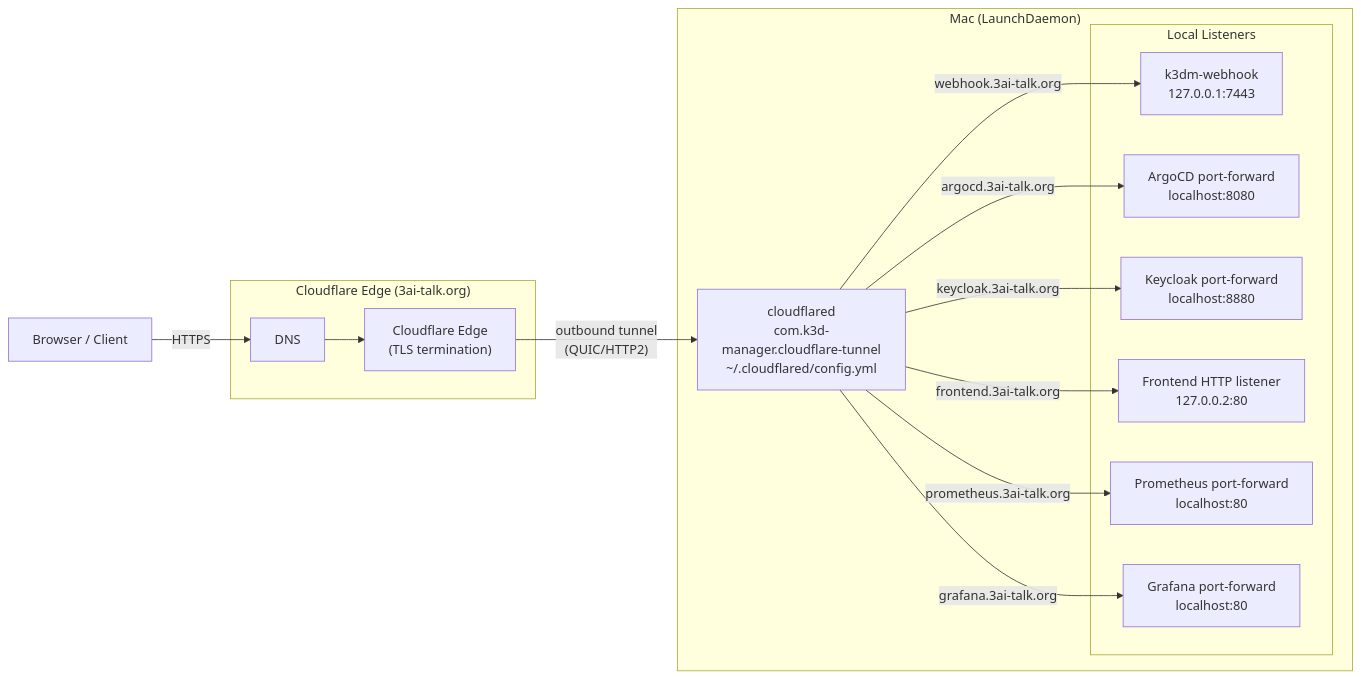
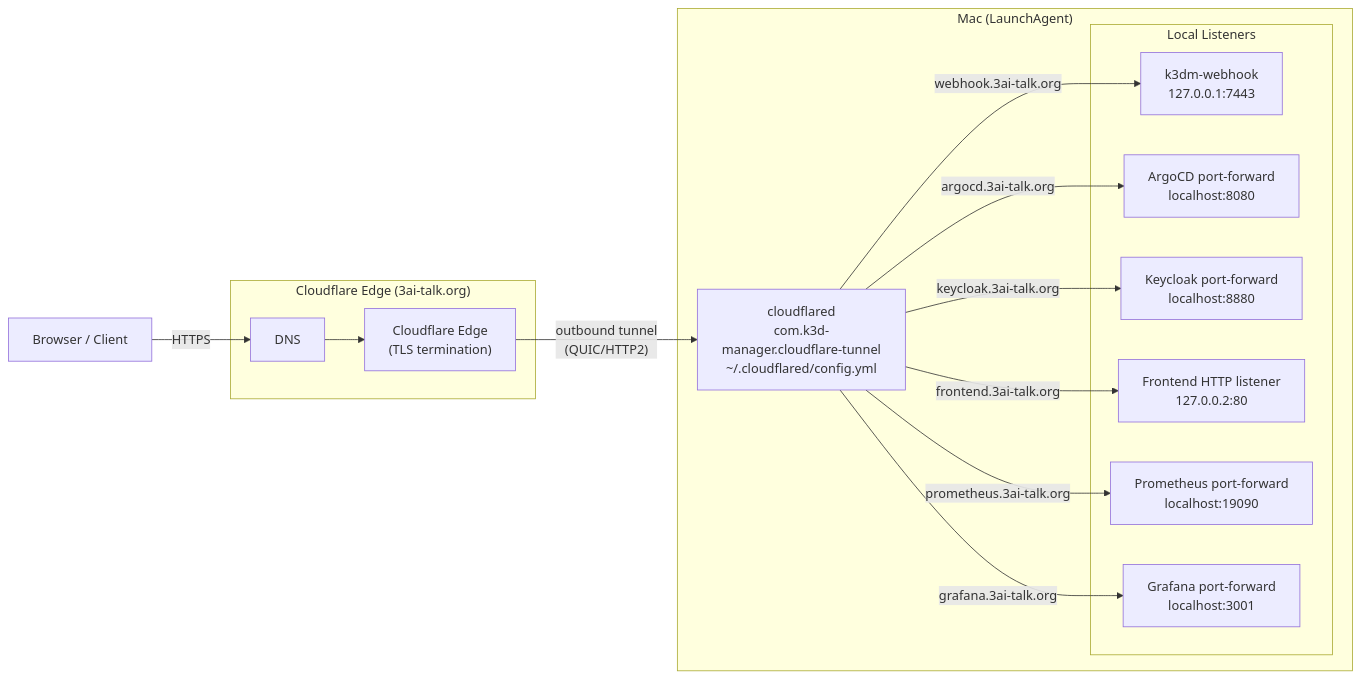
Before and after one commit to wilddog64/k3d-manager: the first of 2 diagrams in docs/architecture/cloudflare-slack-relay.md, drawn with Mermaid. The commit also changed other lines of this file and 1 other file, not shown here.

Commit message:
docs(slack): update relay architecture + howto for current feature set

````diff
--- a/docs/architecture/cloudflare-slack-relay.md
+++ b/docs/architecture/cloudflare-slack-relay.md
@@ -15,33 +15,33 @@
 ```mermaid
 flowchart LR
     Browser["Browser / Client"]
 
     subgraph CF["Cloudflare Edge (3ai-talk.org)"]
         DNS["DNS"]
         Edge["Cloudflare Edge\n(TLS termination)"]
     end
 
-    subgraph Mac["Mac (LaunchDaemon)"]
+    subgraph Mac["Mac (LaunchAgent)"]
         CFD["cloudflared\ncom.k3d-manager.cloudflare-tunnel\n~/.cloudflared/config.yml"]
 
         subgraph Locals["Local Listeners"]
             WH["k3dm-webhook\n127.0.0.1:7443"]
             ARGO["ArgoCD port-forward\nlocalhost:8080"]
             KC["Keycloak port-forward\nlocalhost:8880"]
             FE["Frontend HTTP listener\n127.0.0.2:80"]
-            PROM["Prometheus port-forward\nlocalhost:80"]
-            GRAF["Grafana port-forward\nlocalhost:80"]
+            PROM["Prometheus port-forward\nlocalhost:19090"]
+            GRAF["Grafana port-forward\nlocalhost:3001"]
         end
     end
 
     Browser -->|HTTPS| DNS
     DNS --> Edge
     Edge -->|"outbound tunnel\n(QUIC/HTTP2)"| CFD
 
     CFD -->|"webhook.3ai-talk.org"| WH
     CFD -->|"argocd.3ai-talk.org"| ARGO
     CFD -->|"keycloak.3ai-talk.org"| KC
     CFD -->|"frontend.3ai-talk.org"| FE
     CFD -->|"prometheus.3ai-talk.org"| PROM
     CFD -->|"grafana.3ai-talk.org"| GRAF
 ```
````
